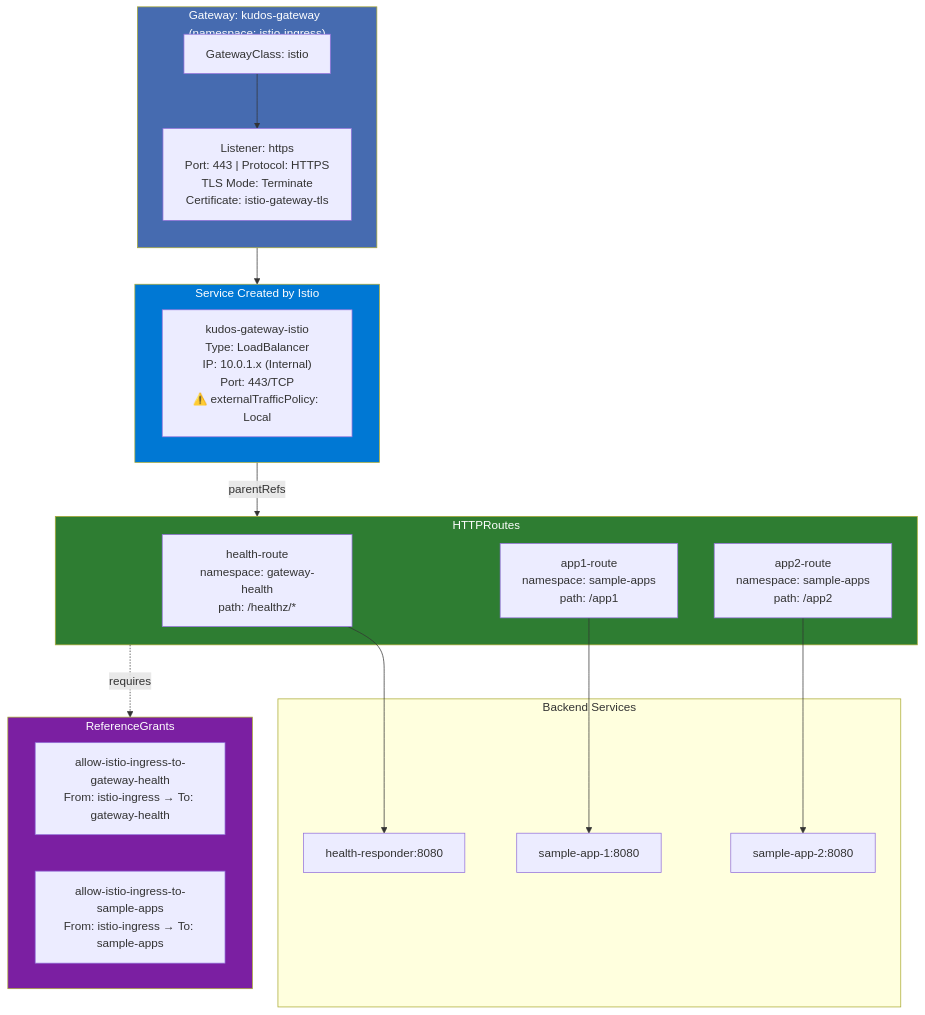
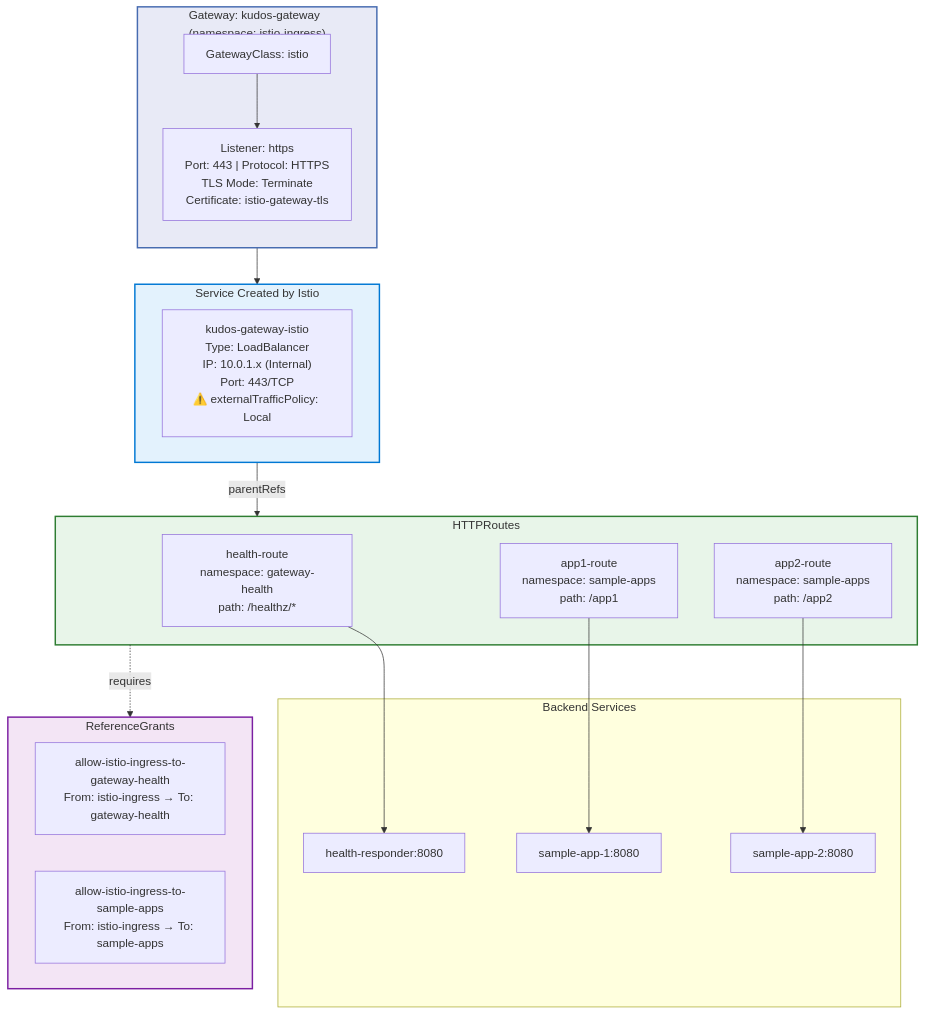
Before and after one commit to shanaka-versent/shanaka-aks-poc: the third of 8 diagrams in README.md, drawn with Mermaid. The commit also changed other lines of this file, not shown here.

Commit message:
Improve the ReadMe file with Marmaid architecture diagrams

````diff
--- a/README.md
+++ b/README.md
@@ -110,42 +118,47 @@
 ```mermaid
 flowchart TB
     subgraph GW["Gateway: kudos-gateway<br/>(namespace: istio-ingress)"]
         direction TB
         GWClass["GatewayClass: istio"]
         Listener["Listener: https<br/>Port: 443 | Protocol: HTTPS<br/>TLS Mode: Terminate<br/>Certificate: istio-gateway-tls"]
     end
 
     subgraph SVC["Service Created by Istio"]
         Service["kudos-gateway-istio<br/>Type: LoadBalancer<br/>IP: 10.0.1.x (Internal)<br/>Port: 443/TCP<br/>⚠️ externalTrafficPolicy: Local"]
     end
 
     subgraph Routes["HTTPRoutes"]
         HR1["health-route<br/>namespace: gateway-health<br/>path: /healthz/*"]
         HR2["app1-route<br/>namespace: sample-apps<br/>path: /app1"]
         HR3["app2-route<br/>namespace: sample-apps<br/>path: /app2"]
     end
 
     subgraph Backends["Backend Services"]
         BE1["health-responder:8080"]
         BE2["sample-app-1:8080"]
         BE3["sample-app-2:8080"]
     end
 
     subgraph Grants["ReferenceGrants"]
         RG1["allow-istio-ingress-to-gateway-health<br/>From: istio-ingress → To: gateway-health"]
         RG2["allow-istio-ingress-to-sample-apps<br/>From: istio-ingress → To: sample-apps"]
     end
 
     GWClass --> Listener
     Listener --> SVC
     SVC -->|"parentRefs"| Routes
     HR1 --> BE1
     HR2 --> BE2
     HR3 --> BE3
     Routes -.->|"requires"| Grants
 
-    style GW fill:#466BB0,color:#fff
-    style SVC fill:#0078D4,color:#fff
-    style Routes fill:#2E7D32,color:#fff
-    style Grants fill:#7B1FA2,color:#fff
+    classDef gateway fill:#e8eaf6,stroke:#466bb0,stroke-width:2px,color:#333
+    classDef service fill:#e3f2fd,stroke:#0078d4,stroke-width:2px,color:#333
+    classDef routes fill:#e8f5e9,stroke:#2e7d32,stroke-width:2px,color:#333
+    classDef grants fill:#f3e5f5,stroke:#7b1fa2,stroke-width:2px,color:#333
+
+    class GW gateway
+    class SVC service
+    class Routes routes
+    class Grants grants
 ```
````
